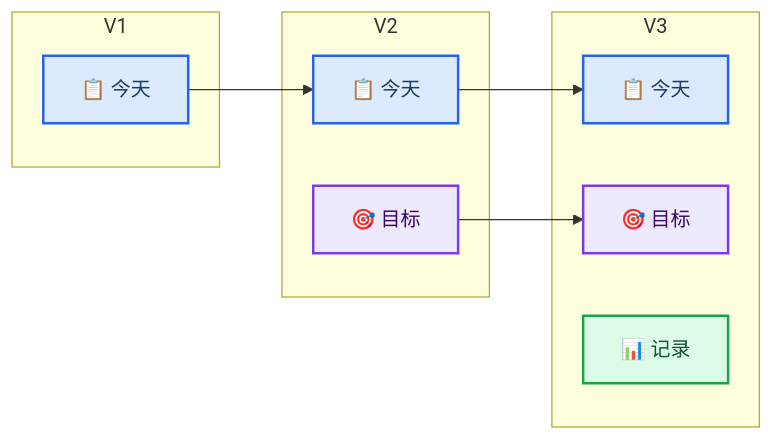
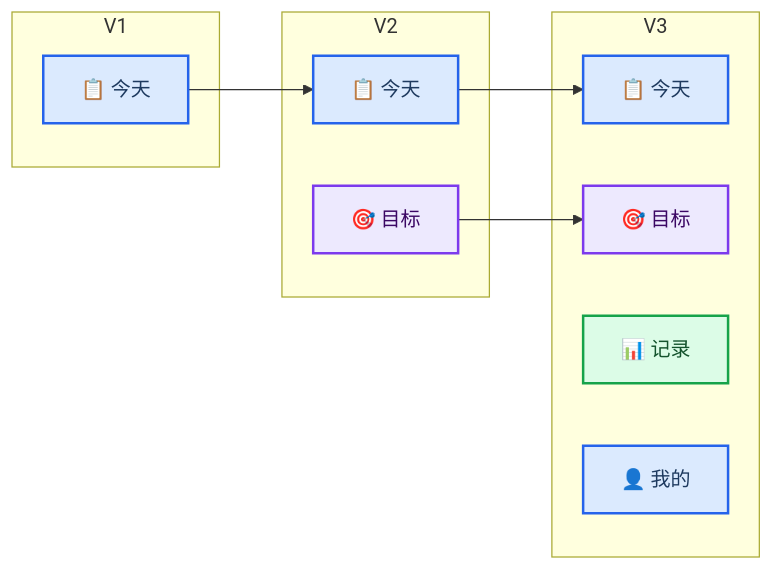
One commit to matchless0101/zhouji changed the first of 4 diagrams in docs/02-产品需求文档-PRD.md. Above: the diagram before and after it, drawn with Mermaid. The commit also changed other lines of this file and 14 other files, not shown here.

Commit message:
fix: 按参考图统一三页界面与底部导航

````diff
--- a/docs/02-产品需求文档-PRD.md
+++ b/docs/02-产品需求文档-PRD.md
@@ -35,32 +35,34 @@
 ```mermaid
 flowchart LR
     accTitle: 粥记信息架构演进
-    accDescr: V1 只有今天页面，V2 增加目标页面，V3 再增加记录页面。
+    accDescr: V1 只有今天页面，V2 增加目标页面，V3 增加记录页面和本地我的页面。
 
     subgraph version_one ["V1"]
         today_one["📋 今天"]
     end
 
     subgraph version_two ["V2"]
         today_two["📋 今天"]
         goals_two["🎯 目标"]
     end
 
     subgraph version_three ["V3"]
         today_three["📋 今天"]
         goals_three["🎯 目标"]
         records_three["📊 记录"]
+        profile_three["👤 我的"]
     end
 
     today_one --> today_two
     today_two --> today_three
     goals_two --> goals_three
 
     classDef primary fill:#dbeafe,stroke:#2563eb,stroke-width:2px,color:#1e3a5f
     classDef accent fill:#ede9fe,stroke:#7c3aed,stroke-width:2px,color:#3b0764
     classDef success fill:#dcfce7,stroke:#16a34a,stroke-width:2px,color:#14532d
 
     class today_one,today_two,today_three primary
     class goals_two,goals_three accent
     class records_three success
+    class profile_three primary
 ```
````
